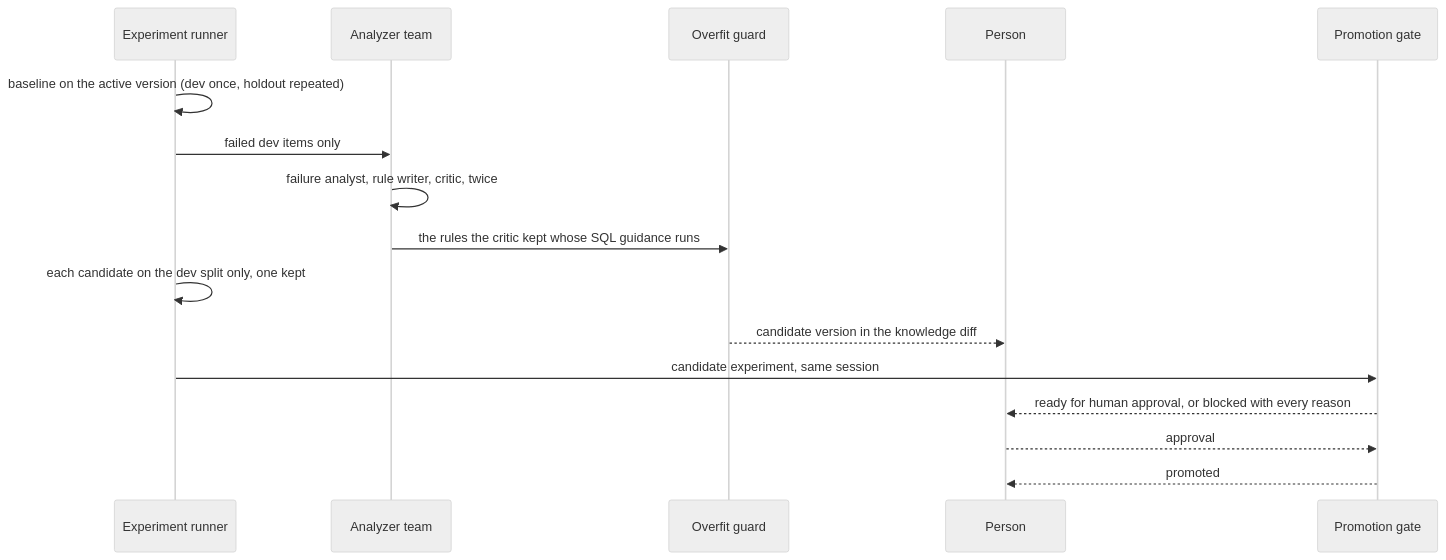
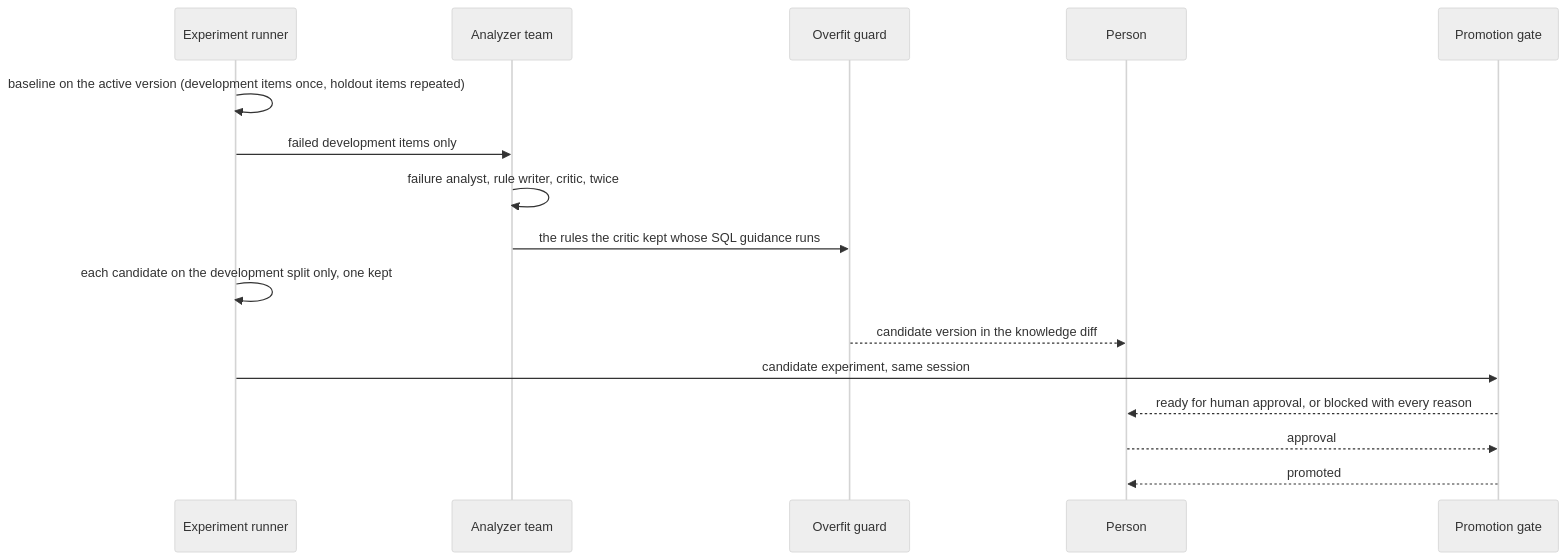
Before and after one commit to ANI-IN/loop-engineering: the diagram in section-4-hill-climbing-loop/demo/walkthrough.md, drawn with Mermaid (neutral theme). The commit also changed other lines of this file and 111 other files, not shown here.

````diff
--- a/section-4-hill-climbing-loop/demo/walkthrough.md
+++ b/section-4-hill-climbing-loop/demo/walkthrough.md
@@ -28,18 +28,18 @@
 ```mermaid
 sequenceDiagram
     participant Runner as Experiment runner
     participant Team as Analyzer team
     participant Guard as Overfit guard
     participant Person
     participant Gate as Promotion gate
-    Runner->>Runner: baseline on the active version (dev once, holdout repeated)
-    Runner->>Team: failed dev items only
+    Runner->>Runner: baseline on the active version (development items once, holdout items repeated)
+    Runner->>Team: failed development items only
     Team->>Team: failure analyst, rule writer, critic, twice
     Team->>Guard: the rules the critic kept whose SQL guidance runs
-    Runner->>Runner: each candidate on the dev split only, one kept
+    Runner->>Runner: each candidate on the development split only, one kept
     Guard-->>Person: candidate version in the knowledge diff
     Runner->>Gate: candidate experiment, same session
     Gate-->>Person: ready for human approval, or blocked with every reason
     Person-->>Gate: approval
     Gate-->>Person: promoted
 ```
````
